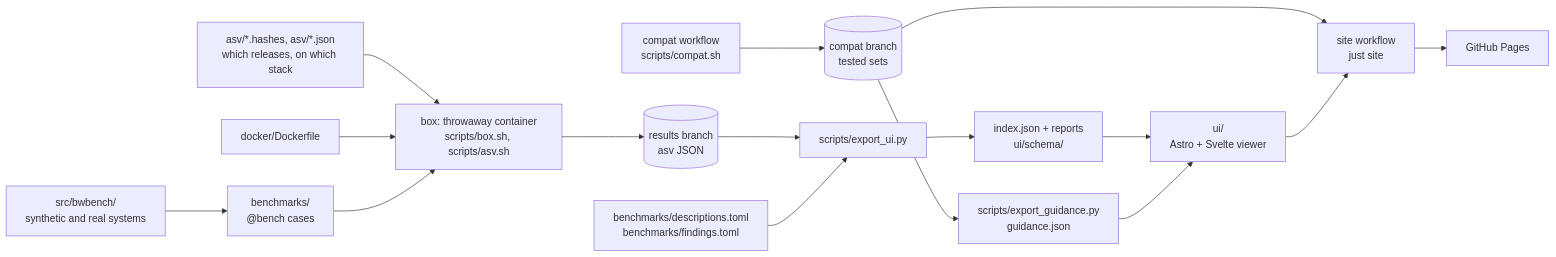
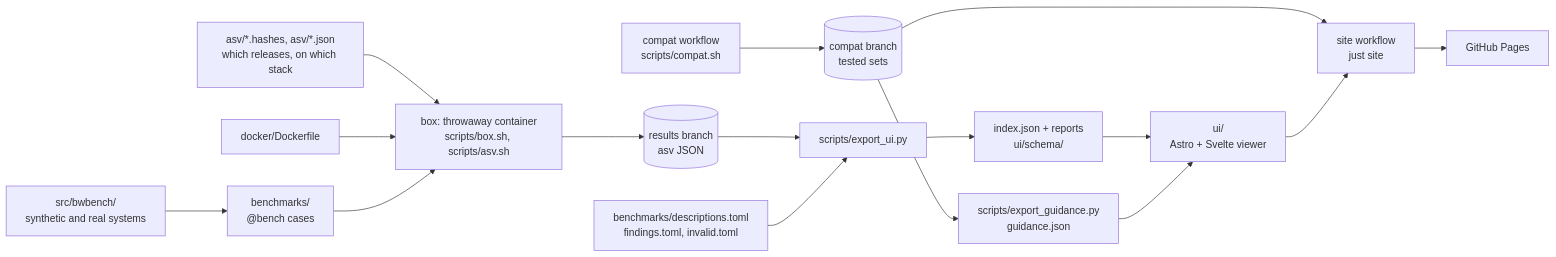
One commit to simonvanlierde/brightway-benchmarks changed the diagram in docs/architecture.md. Above: the diagram before and after it, drawn with Mermaid. The commit also changed other lines of this file and 11 other files, not shown here.

````diff
--- a/docs/architecture.md
+++ b/docs/architecture.md
@@ -8,18 +8,18 @@
 ```mermaid
 flowchart LR
     hashes["asv/*.hashes, asv/*.json<br/>which releases, on which stack"] --> box
     docker["docker/Dockerfile"] --> box
     bench["benchmarks/<br/>@bench cases"] --> box
     synth["src/bwbench/<br/>synthetic and real systems"] --> bench
     box["box: throwaway container<br/>scripts/box.sh, scripts/asv.sh"] --> results[("results branch<br/>asv JSON")]
     compat["compat workflow<br/>scripts/compat.sh"] --> compatb[("compat branch<br/>tested sets")]
     results --> export["scripts/export_ui.py"]
-    descr["benchmarks/descriptions.toml<br/>benchmarks/findings.toml"] --> export
+    descr["benchmarks/descriptions.toml<br/>findings.toml, invalid.toml"] --> export
     export --> json["index.json + reports<br/>ui/schema/"]
     json --> ui["ui/<br/>Astro + Svelte viewer"]
     compatb --> guide["scripts/export_guidance.py<br/>guidance.json"]
     guide --> ui
     compatb --> site["site workflow<br/>just site"]
     ui --> site
     site --> pages["GitHub Pages"]
 ```
````
